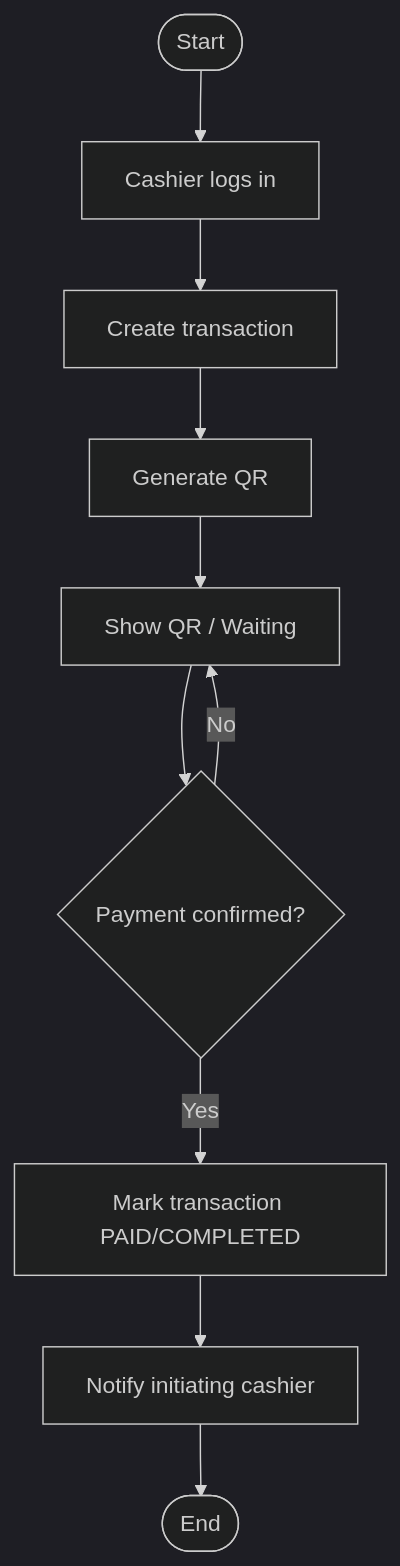
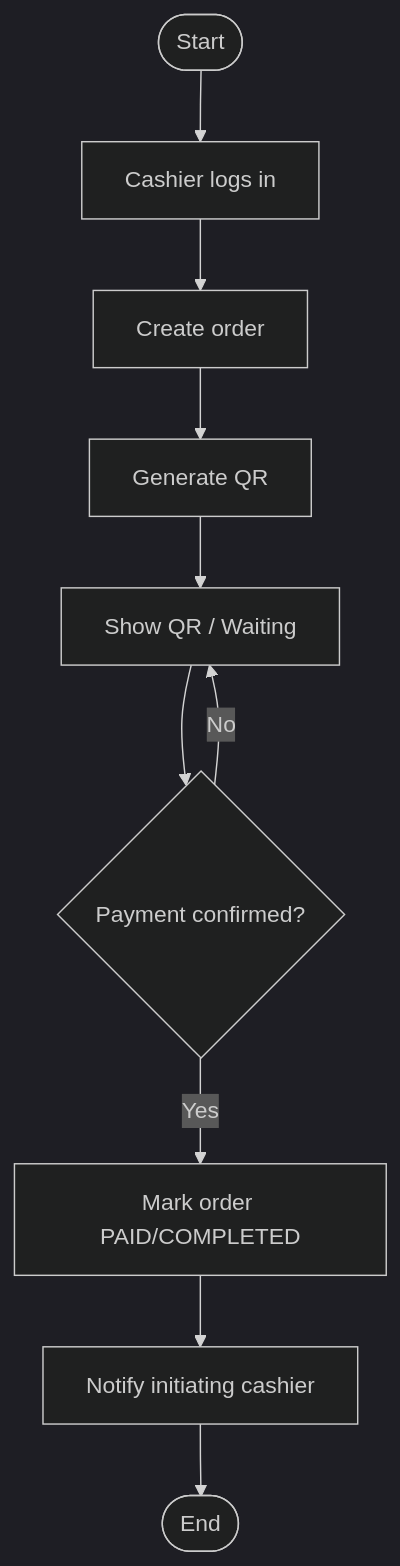
Before and after one commit to sothyvan/TOUB_POS: the second of 5 diagrams in context/software-engineering.md, drawn with Mermaid (dark theme). The commit also changed other lines of this file and 4 other files, not shown here.

````diff
--- a/context/software-engineering.md
+++ b/context/software-engineering.md
@@ -199,12 +206,12 @@
 ```mermaid
 flowchart TD
   A([Start]) --> B[Cashier logs in]
-  B --> C[Create transaction]
+  B --> C[Create order]
   C --> D[Generate QR]
   D --> E[Show QR / Waiting]
   E --> F{Payment confirmed?}
   F -- No --> E
-  F -- Yes --> G[Mark transaction PAID/COMPLETED]
+  F -- Yes --> G[Mark order PAID/COMPLETED]
   G --> H[Notify initiating cashier]
   H --> I([End])
 ```
````
